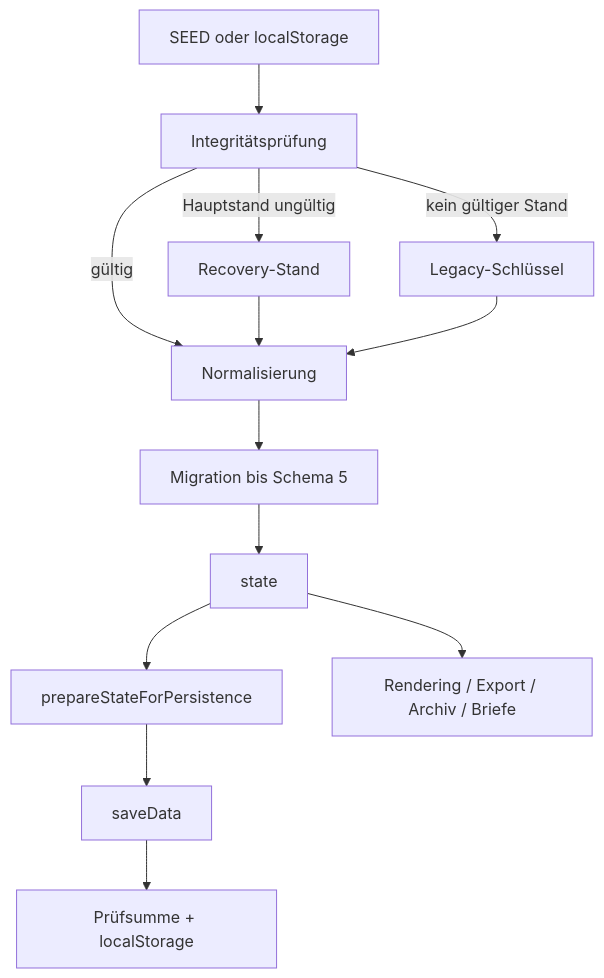
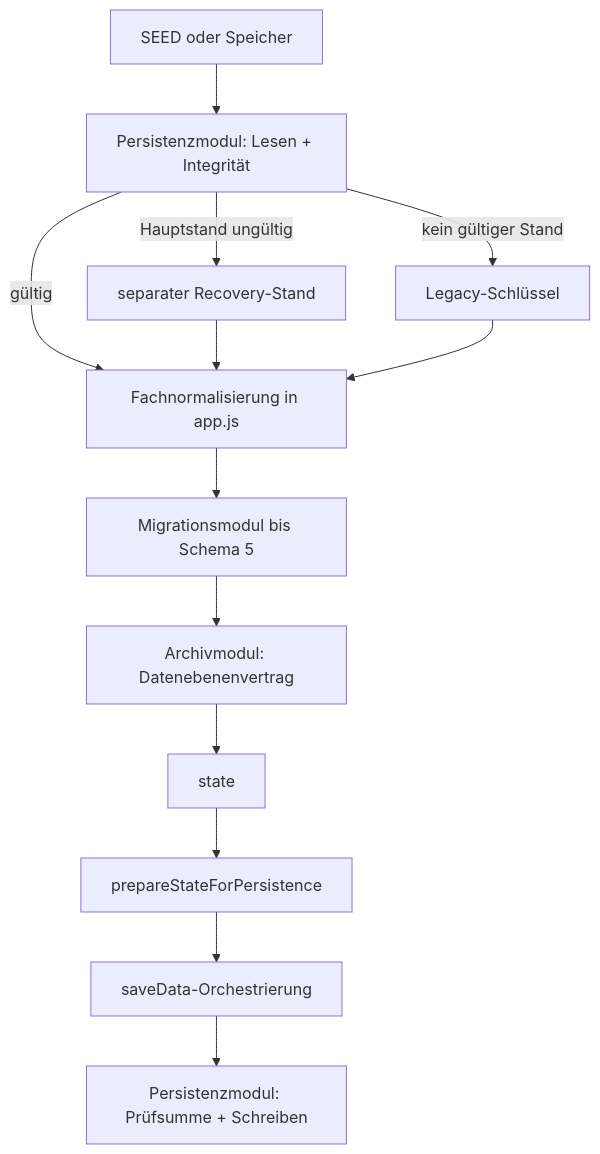
One commit to cz100000/NK-Pro changed the second of 3 diagrams in ARCHITECTURE.md. Above: the diagram before and after it, drawn with Mermaid. The commit also changed other lines of this file and 28 other files, not shown here.

````diff
--- a/ARCHITECTURE.md
+++ b/ARCHITECTURE.md
@@ -40,15 +73,15 @@
 ```mermaid
 flowchart TD
-  A[SEED oder localStorage] --> B[Integritätsprüfung]
-  B -->|gültig| C[Normalisierung]
-  B -->|Hauptstand ungültig| R[Recovery-Stand]
-  R --> C
-  B -->|kein gültiger Stand| L[Legacy-Schlüssel]
-  L --> C
-  C --> M[Migration bis Schema 5]
-  M --> S[state]
-  S --> P[prepareStateForPersistence]
-  P --> W[saveData]
-  W --> H[Prüfsumme + localStorage]
-  S --> V[Rendering / Export / Archiv / Briefe]
+  A[SEED oder Speicher] --> P[Persistenzmodul: Lesen + Integrität]
+  P -->|gültig| N[Fachnormalisierung in app.js]
+  P -->|Hauptstand ungültig| R[separater Recovery-Stand]
+  R --> N
+  P -->|kein gültiger Stand| L[Legacy-Schlüssel]
+  L --> N
+  N --> M[Migrationsmodul bis Schema 5]
+  M --> D[Archivmodul: Datenebenenvertrag]
+  D --> S[state]
+  S --> O[prepareStateForPersistence]
+  O --> W[saveData-Orchestrierung]
+  W --> PM[Persistenzmodul: Prüfsumme + Schreiben]
 ```
````
